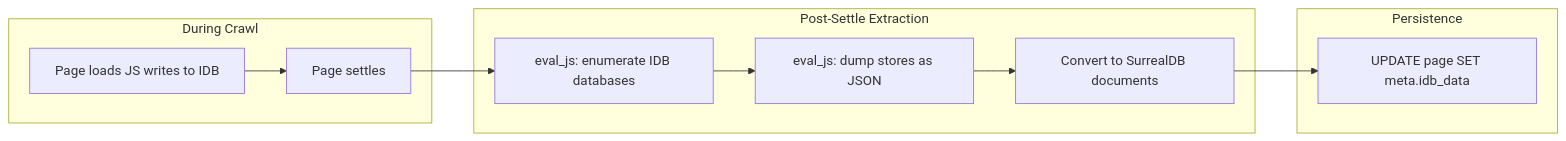
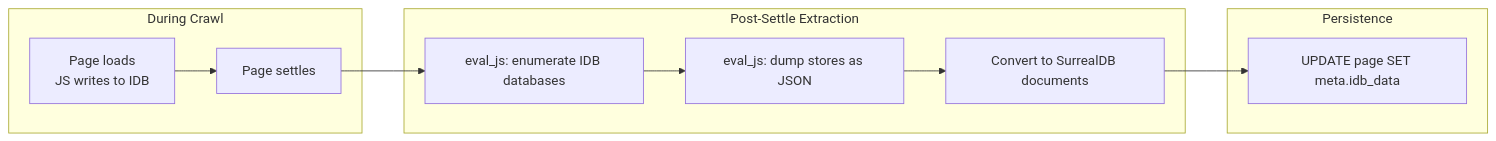
Before and after one commit to GnosticEchos/VibeEye: the third of 3 diagrams in ARCHITECTURE.md, drawn with Mermaid. The commit also changed other lines of this file and 9 other files, not shown here.

````diff
--- a/ARCHITECTURE.md
+++ b/ARCHITECTURE.md
@@ -82,16 +83,16 @@
 ```mermaid
 flowchart LR
     subgraph CrawlPhase["During Crawl"]
-        A1[Page loads JS writes to IDB] --> A2[Page settles]
+        A1[Page loads<br/>JS writes to IDB] --> A2[Page settles]
     end
 
     subgraph ExtractPhase["Post-Settle Extraction"]
         A2 --> B1[eval_js: enumerate IDB databases]
         B1 --> B2[eval_js: dump stores as JSON]
         B2 --> B3[Convert to SurrealDB documents]
     end
 
     subgraph PersistPhase["Persistence"]
         B3 --> C1[UPDATE page SET meta.idb_data]
     end
 ```
````
